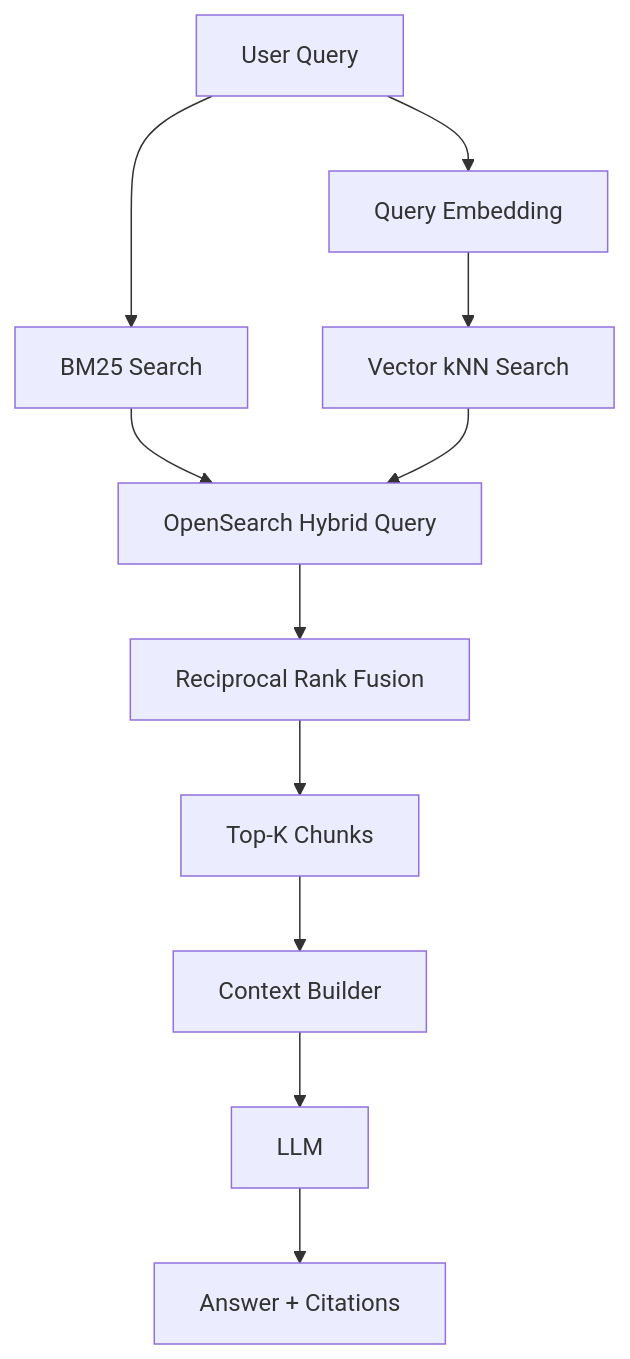
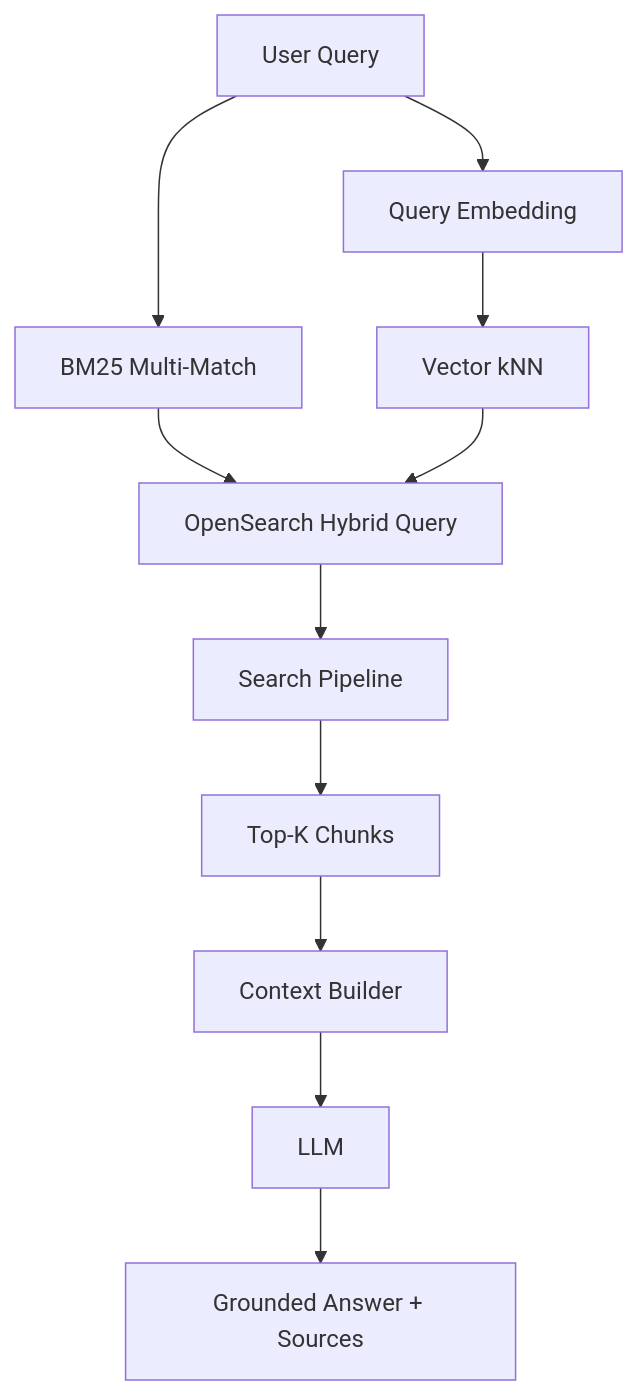
The third of 5 diagrams in README.md (Yzeeyd/Enterprise-AI-Support-Engineer-Copilot), drawn with Mermaid before and after one commit. The commit also changed other lines of this file and 2 other files, not shown here.

````diff
--- a/README.md
+++ b/README.md
@@ -80,33 +193,28 @@
 ```mermaid
 flowchart TD
+    Q[User Query]
 
-    Query[User Query]
-
-    BM25[BM25 Search]
-    Embed[Query Embedding]
-    Vector[Vector kNN Search]
+    E[Query Embedding]
+    BM25[BM25 Multi-Match]
+    KNN[Vector kNN]
 
     Hybrid[OpenSearch Hybrid Query]
-    RRF[Reciprocal Rank Fusion]
-
+    Fusion[Search Pipeline]
     TopK[Top-K Chunks]
     Context[Context Builder]
     LLM[LLM]
-    Answer[Answer + Citations]
+    Answer[Grounded Answer + Sources]
 
-    Query --> BM25
-
-    Query --> Embed
-    Embed --> Vector
+    Q --> BM25
+    Q --> E
+    E --> KNN
 
     BM25 --> Hybrid
-    Vector --> Hybrid
+    KNN --> Hybrid
 
-    Hybrid --> RRF
-
-    RRF --> TopK
+    Hybrid --> Fusion
+    Fusion --> TopK
     TopK --> Context
-
     Context --> LLM
     LLM --> Answer
 ```
````
